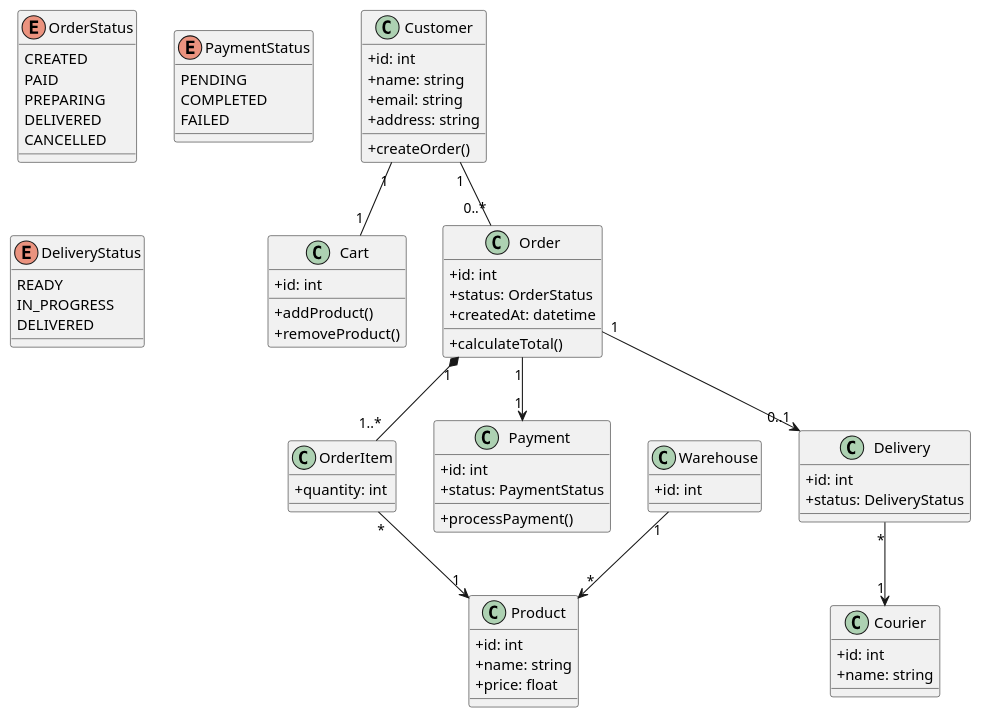
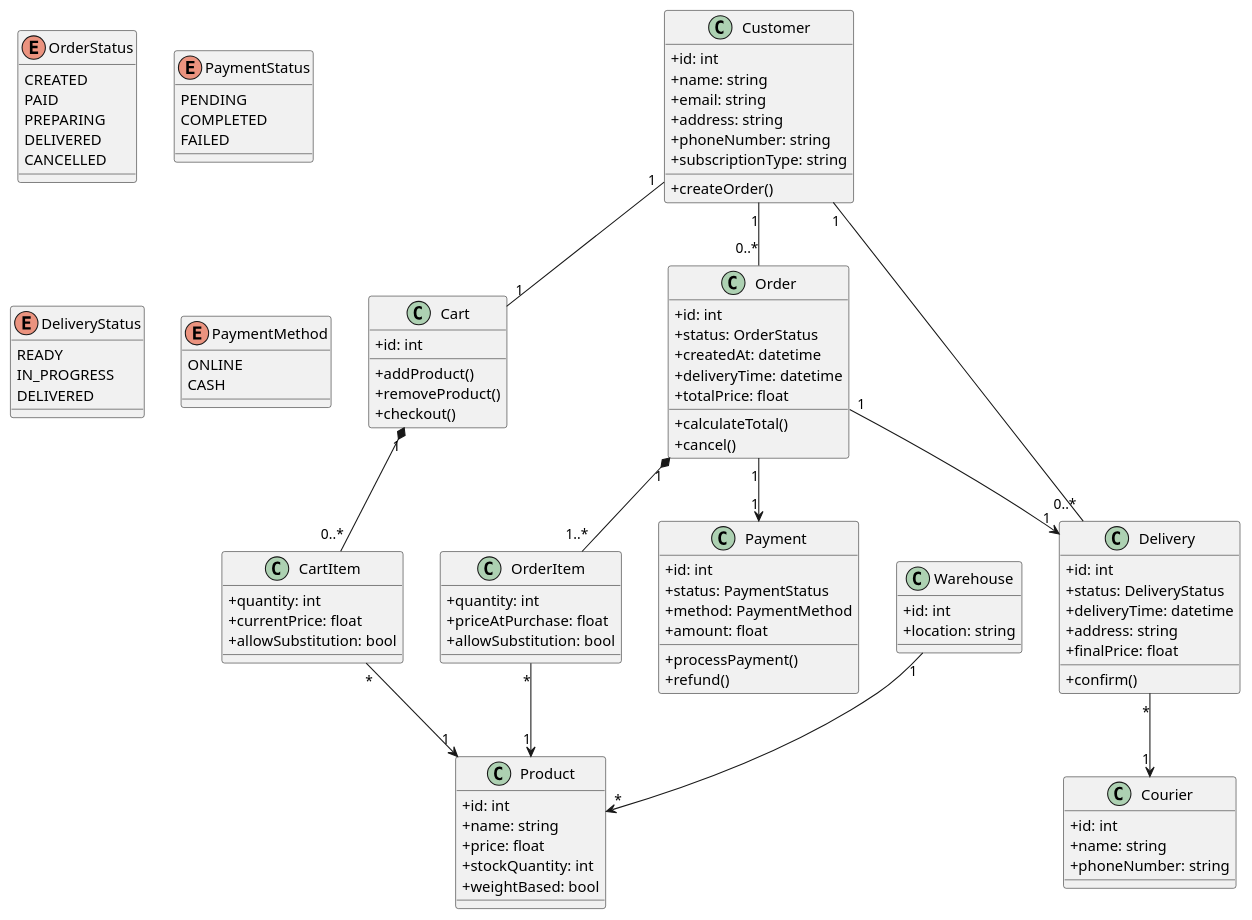
Before and after one commit to maksym-hrytsenko/PIS_SP: the diagram in diagrams/class/class_diagram.puml, drawn with PlantUML.

```diff
--- a/diagrams/class/class_diagram.puml
+++ b/diagrams/class/class_diagram.puml
@@ -1,90 +1,124 @@
 @startuml
 skinparam classAttributeIconSize 0
 
 class Customer {
   +id: int
   +name: string
   +email: string
   +address: string
+  +phoneNumber: string
+  +subscriptionType: string
   +createOrder()
 }
 
 class Cart {
   +id: int
   +addProduct()
   +removeProduct()
+  +checkout()
+}
+
+class CartItem {
+  +quantity: int
+  +currentPrice: float
+  +allowSubstitution: bool
 }
 
 class Order {
   +id: int
   +status: OrderStatus
   +createdAt: datetime
+  +deliveryTime: datetime
+  +totalPrice: float
   +calculateTotal()
+  +cancel()
 }
 
 class OrderItem {
   +quantity: int
+  +priceAtPurchase: float
+  +allowSubstitution: bool
 }
 
 class Product {
   +id: int
   +name: string
   +price: float
+  +stockQuantity: int
+  +weightBased: bool
 }
 
 class Payment {
   +id: int
   +status: PaymentStatus
+  +method: PaymentMethod
+  +amount: float
   +processPayment()
+  +refund()
 }
 
 class Delivery {
   +id: int
   +status: DeliveryStatus
+  +deliveryTime: datetime
+  +address: string
+  +finalPrice: float
+  +confirm()
 }
 
 class Courier {
   +id: int
   +name: string
+  +phoneNumber: string
 }
 
 class Warehouse {
   +id: int
+  +location: string
 }
 
 enum OrderStatus {
   CREATED
   PAID
   PREPARING
   DELIVERED
   CANCELLED
 }
 
 enum PaymentStatus {
   PENDING
   COMPLETED
   FAILED
 }
 
 enum DeliveryStatus {
   READY
   IN_PROGRESS
   DELIVERED
 }
 
+enum PaymentMethod {
+  ONLINE
+  CASH
+}
+
 ' RELATIONS
 
 Customer "1" -- "1" Cart
 Customer "1" -- "0..*" Order
+Customer "1" -- "0..*" Delivery
+
+Cart "1" *-- "0..*" CartItem
+CartItem "*" --> "1" Product
 
 Order "1" *-- "1..*" OrderItem
 OrderItem "*" --> "1" Product
 
 Order "1" --> "1" Payment
-Order "1" --> "0..1" Delivery
+Order "1" --> "1" Delivery
 
 Delivery "*" --> "1" Courier
 
 Warehouse "1" --> "*" Product
 
 @enduml
```
